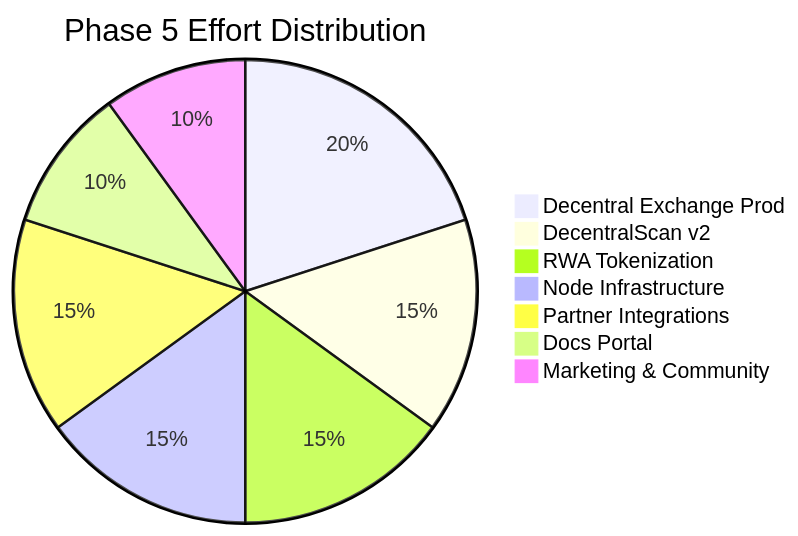
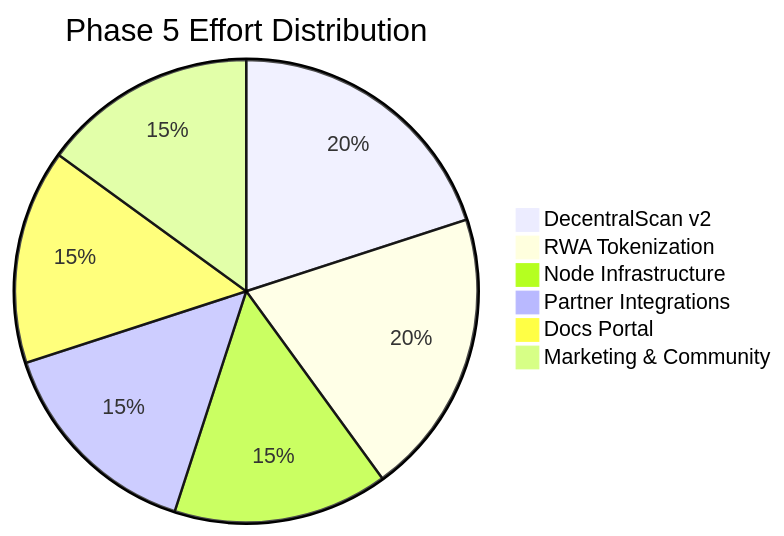
One commit to 33imattei33/roadmap-project changed diagram 11 of 11 in ROADMAP.md. Above: the diagram before and after it, drawn with Mermaid. The commit also changed other lines of this file, not shown here.

First line of the commit message:
docs: rewrite roadmap with Phase 2/3 deadlines and remove upstream references

````diff
--- a/ROADMAP.md
+++ b/ROADMAP.md
@@ -434,10 +443,9 @@
 ```mermaid
 pie title Phase 5 Effort Distribution
-    "Decentral Exchange Prod" : 20
-    "DecentralScan v2" : 15
-    "RWA Tokenization" : 15
+    "DecentralScan v2" : 20
+    "RWA Tokenization" : 20
     "Node Infrastructure" : 15
     "Partner Integrations" : 15
-    "Docs Portal" : 10
-    "Marketing & Community" : 10
+    "Docs Portal" : 15
+    "Marketing & Community" : 15
 ```
````
